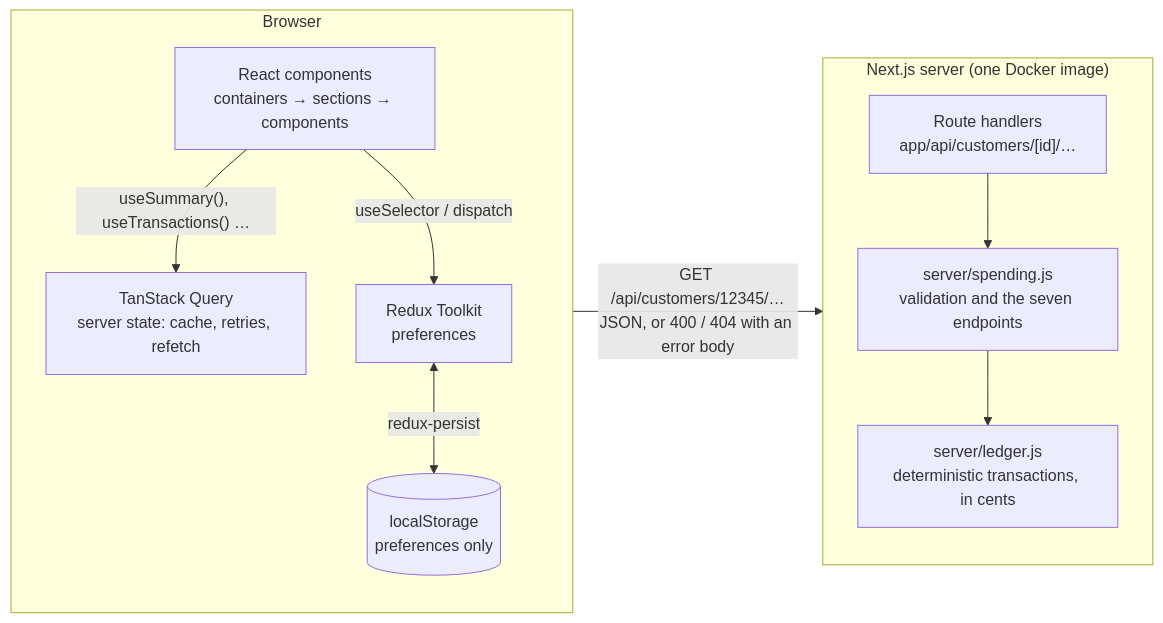
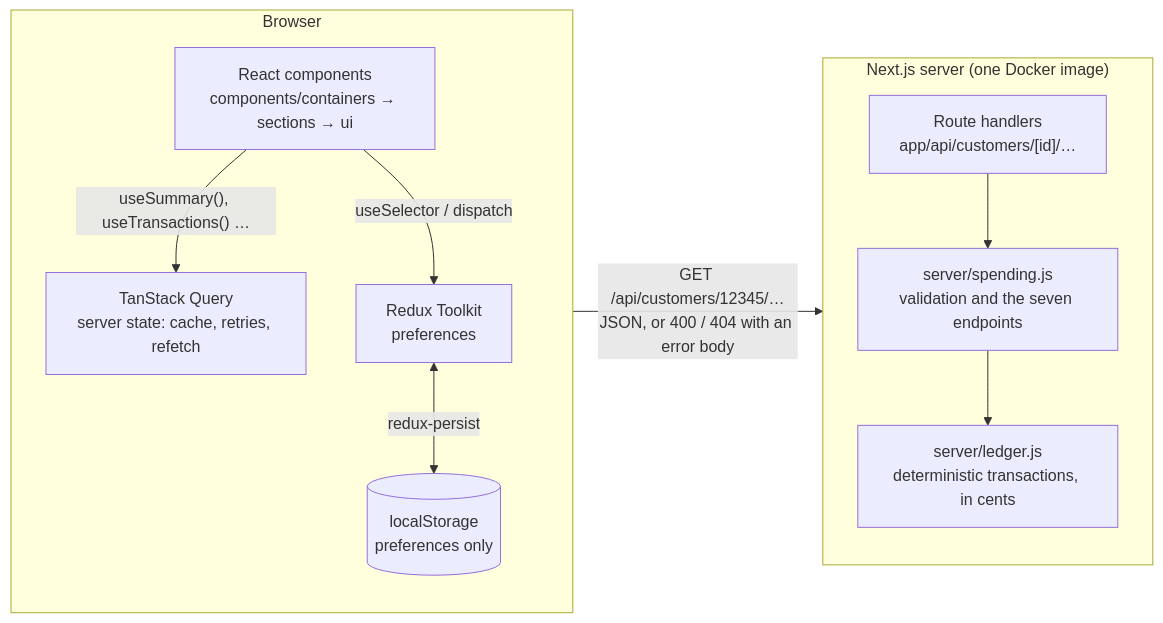
One commit to NazoSnare/capitec-spending-insights changed the first of 3 diagrams in README.md. Above: the diagram before and after it, drawn with Mermaid. The commit also changed other lines of this file and 48 other files, not shown here.

````diff
--- a/README.md
+++ b/README.md
@@ -92,21 +96,21 @@
 ```mermaid
 flowchart LR
   subgraph Browser
     direction TB
-    UI["React components<br/>containers → sections → components"]
+    UI["React components<br/>components/containers → sections → ui"]
     RQ["TanStack Query<br/>server state: cache, retries, refetch"]
     RX["Redux Toolkit<br/>preferences"]
     LS[("localStorage<br/>preferences only")]
     UI -- "useSummary(), useTransactions() …" --> RQ
     UI -- "useSelector / dispatch" --> RX
     RX <-- "redux-persist" --> LS
   end
   subgraph Server["Next.js server (one Docker image)"]
     direction TB
     RH["Route handlers<br/>app/api/customers/[id]/…"]
     SP["server/spending.js<br/>validation and the seven endpoints"]
     LG["server/ledger.js<br/>deterministic transactions, in cents"]
     RH --> SP --> LG
   end
   RQ -- "GET /api/customers/12345/…<br/>JSON, or 400 / 404 with an error body" --> RH
 ```
````
